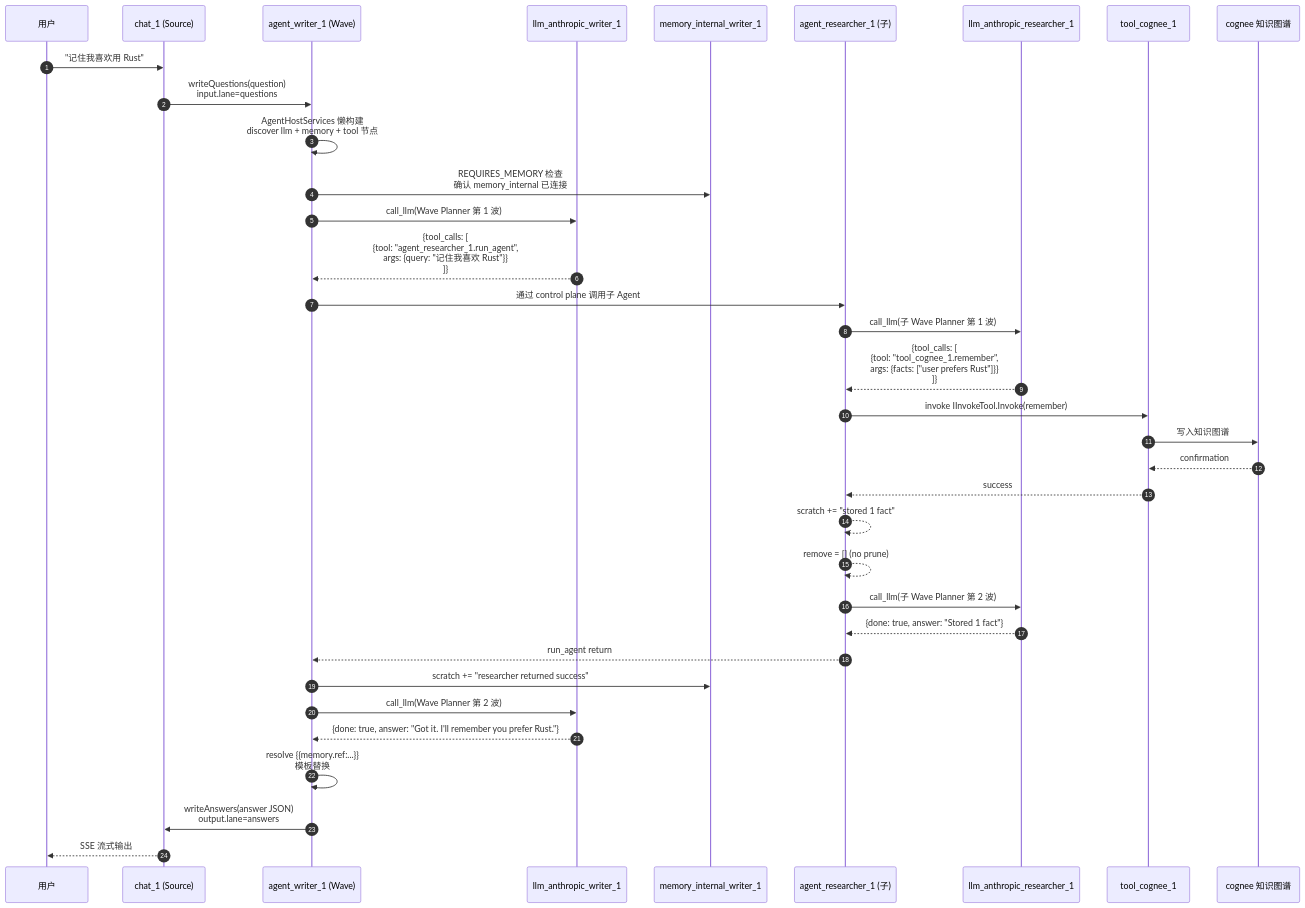
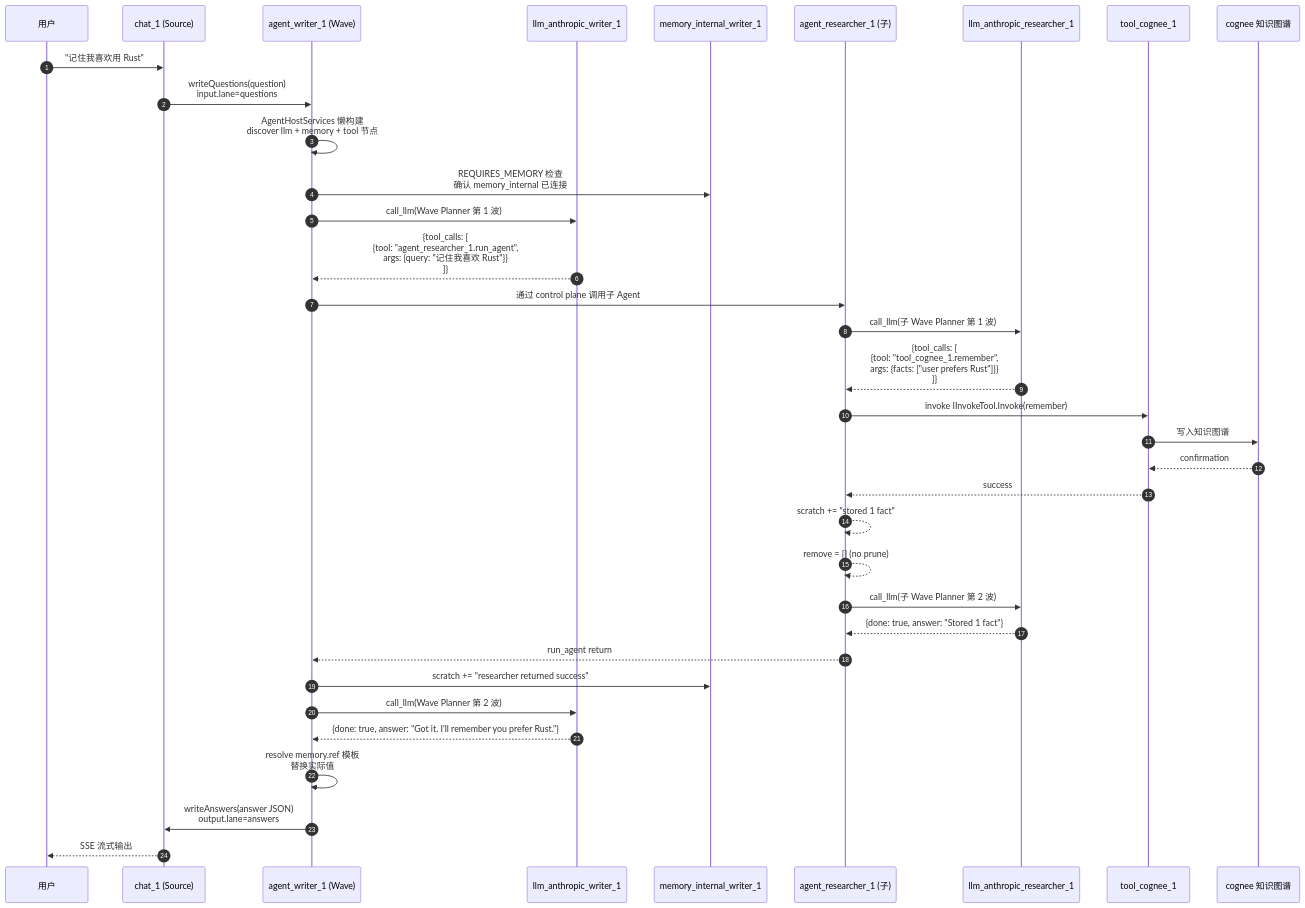
Before and after one commit to xuqi2024/xuqi2024.github.io: the sixth of 6 diagrams in source/_posts/2026-09-16-rocketride-cpp-ai-pipeline-engine-architecture-deep-dive.md, drawn with Mermaid. The commit also changed other lines of this file, not shown here.

Commit message:
Fix Nunjucks {{...}} escape in RocketRide article

````diff
--- a/source/_posts/2026-09-16-rocketride-cpp-ai-pipeline-engine-architecture-deep-dive.md
+++ b/source/_posts/2026-09-16-rocketride-cpp-ai-pipeline-engine-architecture-deep-dive.md
@@ -758,38 +758,38 @@
 ```mermaid
 sequenceDiagram
     autonumber
     participant U as 用户
     participant C as chat_1 (Source)
     participant A as agent_writer_1 (Wave)
     participant L as llm_anthropic_writer_1
     participant M as memory_internal_writer_1
     participant R as agent_researcher_1 (子)
     participant L2 as llm_anthropic_researcher_1
     participant T as tool_cognee_1
     participant N as cognee 知识图谱
 
     U->>C: "记住我喜欢用 Rust"
     C->>A: writeQuestions(question)<br/>input.lane=questions
     A->>A: AgentHostServices 懒构建<br/>discover llm + memory + tool 节点
     A->>M: REQUIRES_MEMORY 检查<br/>确认 memory_internal 已连接
     A->>L: call_llm(Wave Planner 第 1 波)
     L-->>A: {tool_calls: [<br/>  {tool: "agent_researcher_1.run_agent",<br/>   args: {query: "记住我喜欢 Rust"}}<br/>]}
     A->>R: 通过 control plane 调用子 Agent
     R->>L2: call_llm(子 Wave Planner 第 1 波)
     L2-->>R: {tool_calls: [<br/>  {tool: "tool_cognee_1.remember",<br/>   args: {facts: ["user prefers Rust"]}}<br/>]}
     R->>T: invoke IInvokeTool.Invoke(remember)
     T->>N: 写入知识图谱
     N-->>T: confirmation
     T-->>R: success
     R-->>R: scratch += "stored 1 fact"
     R-->>R: remove = [] (no prune)
     R->>L2: call_llm(子 Wave Planner 第 2 波)
     L2-->>R: {done: true, answer: "Stored 1 fact"}
     R-->>A: run_agent return
     A->>M: scratch += "researcher returned success"
     A->>L: call_llm(Wave Planner 第 2 波)
     L-->>A: {done: true, answer: "Got it. I'll remember you prefer Rust."}
-    A->>A: resolve {{memory.ref:...}}<br/>模板替换
+    A->>A: resolve memory.ref 模板<br/>替换实际值
     A->>C: writeAnswers(answer JSON)<br/>output.lane=answers
     C-->>U: SSE 流式输出
 ```
````
